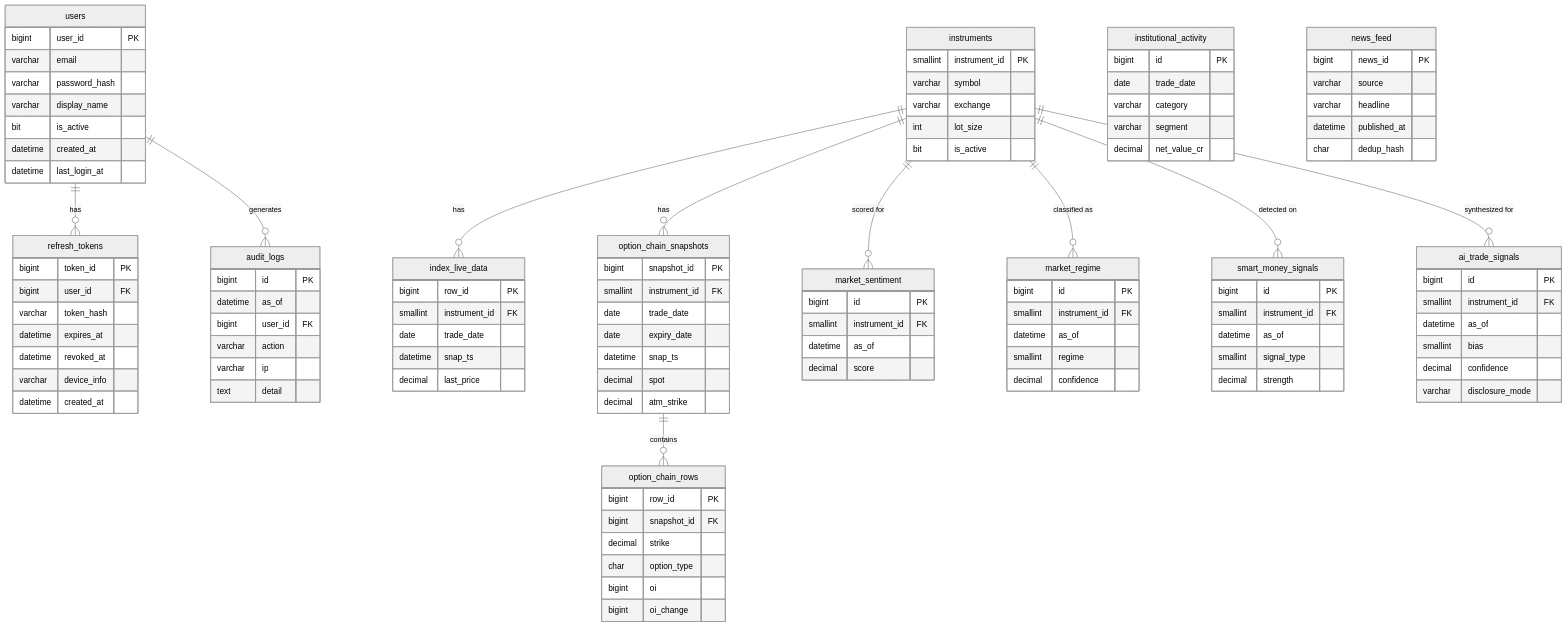
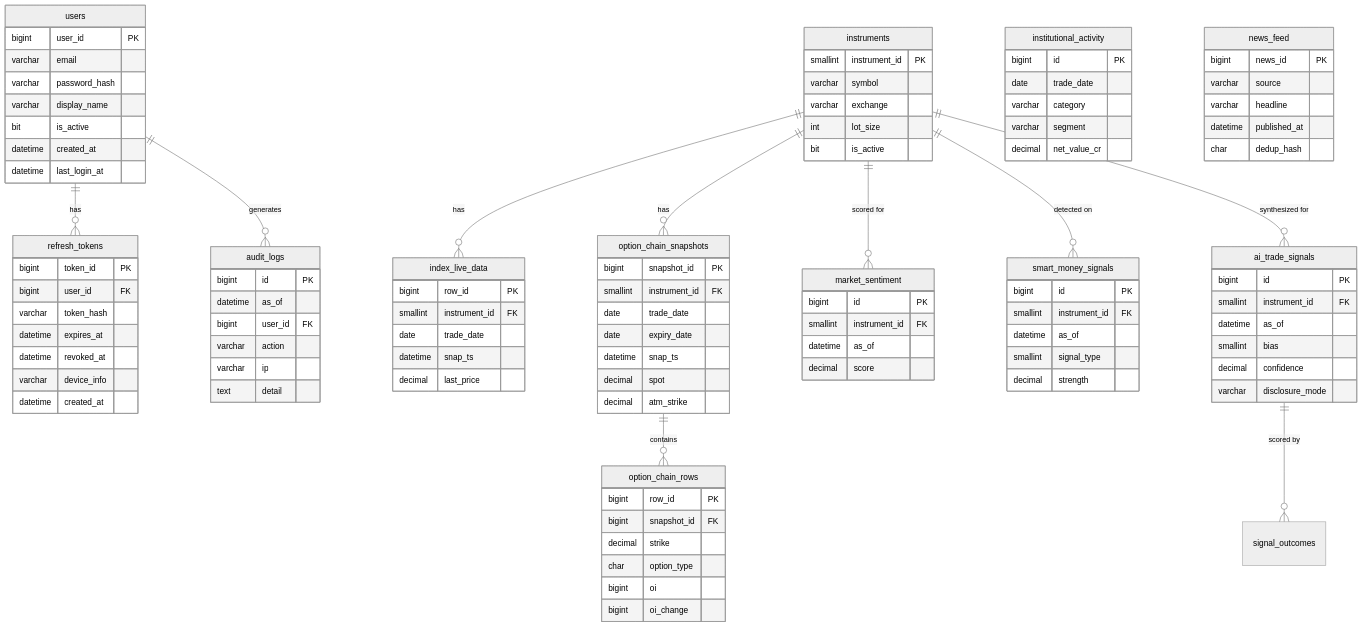
The diagram in docs/DATABASE_SCHEMA.md (hariharan68/Strikfin-ATT), drawn with Mermaid (neutral theme) before and after one commit. The commit also changed other lines of this file and 21 other files, not shown here.

````diff
--- a/docs/DATABASE_SCHEMA.md
+++ b/docs/DATABASE_SCHEMA.md
@@ -352,13 +364,6 @@
         datetime as_of
         decimal score
     }
-    market_regime {
-        bigint id PK
-        smallint instrument_id FK
-        datetime as_of
-        smallint regime
-        decimal confidence
-    }
     smart_money_signals {
         bigint id PK
         smallint instrument_id FK
@@ -380,8 +385,8 @@
     instruments ||--o{ index_live_data : "has"
     instruments ||--o{ option_chain_snapshots : "has"
     instruments ||--o{ market_sentiment : "scored for"
-    instruments ||--o{ market_regime : "classified as"
     instruments ||--o{ smart_money_signals : "detected on"
     instruments ||--o{ ai_trade_signals : "synthesized for"
+    ai_trade_signals ||--o{ signal_outcomes : "scored by"
     option_chain_snapshots ||--o{ option_chain_rows : "contains"
 ```
````
